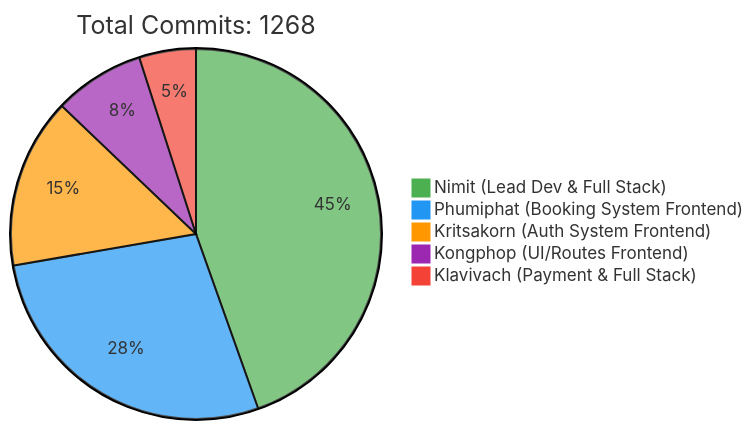
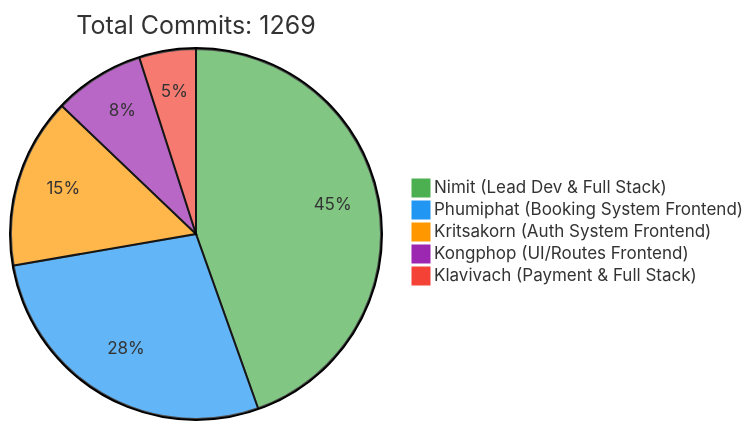
The first of 2 diagrams in README.md (6531503042/Sport-Complex), drawn with Mermaid before and after one commit. The commit also changed other lines of this file, not shown here.

Commit message:
docs: Update contributor statistics [skip ci]

````diff
--- a/README.md
+++ b/README.md
@@ -257,10 +257,10 @@
 ```mermaid
 %%{init: {'theme': 'base', 'themeVariables': { 'pie1': '#4CAF50', 'pie2': '#2196F3', 'pie3': '#FF9800', 'pie4': '#9C27B0', 'pie5': '#F44336'}}}%%
 pie
-    title Total Commits: 1268
+    title Total Commits: 1269
     "Nimit (Lead Dev & Full Stack)" : 450
     "Phumiphat (Booking System Frontend)" : 280
     "Kritsakorn (Auth System Frontend)" : 150
     "Kongphop (UI/Routes Frontend)" : 80
     "Klavivach (Payment & Full Stack)" : 50
 ```
````
